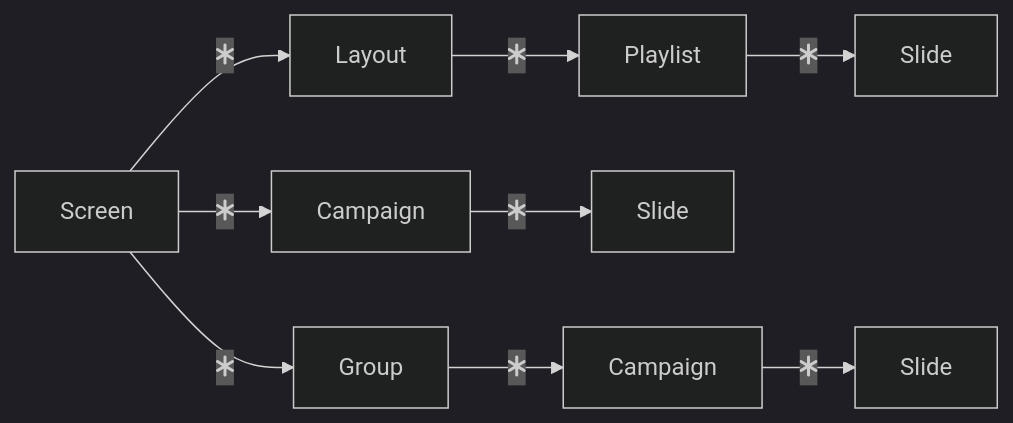
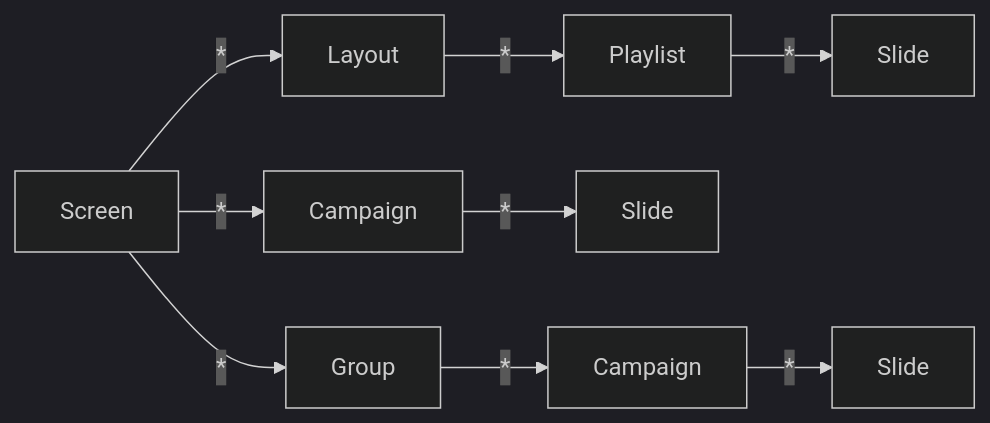
One commit to os2display/display-docs changed the second of 2 diagrams in docs/development/content_structure/content_structure.md. Above: the diagram before and after it, drawn with Mermaid (dark theme). The commit also changed other lines of this file and 50 other files, not shown here.

````diff
--- a/docs/development/content_structure/content_structure.md
+++ b/docs/development/content_structure/content_structure.md
@@ -30,15 +26,15 @@
 ```mermaid
 flowchart LR
-    Screen-->|fa:fa-asterisk|Layout
-    Layout -->|fa:fa-asterisk|Playlist
-    Playlist -->|fa:fa-asterisk|Slide
+    Screen-->|*|Layout
+    Layout -->|*|Playlist
+    Playlist -->|*|Slide
 
-    Screen-->|fa:fa-asterisk|G[Campaign]
-    G -->|fa:fa-asterisk|H[Slide]
+    Screen-->|*|G[Campaign]
+    G -->|*|H[Slide]
 
-    Screen-->|fa:fa-asterisk|Group
+    Screen-->|*|Group
 
-    Group-->|fa:fa-asterisk|L[Campaign]
-    L -->|fa:fa-asterisk| M[Slide]
+    Group-->|*|L[Campaign]
+    L -->|*| M[Slide]
 
 ```
````
